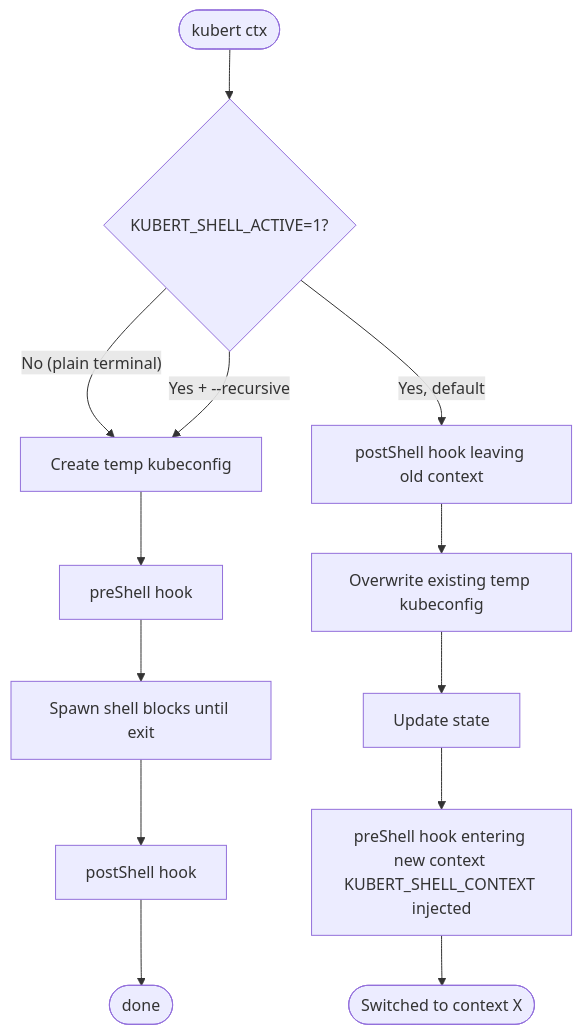
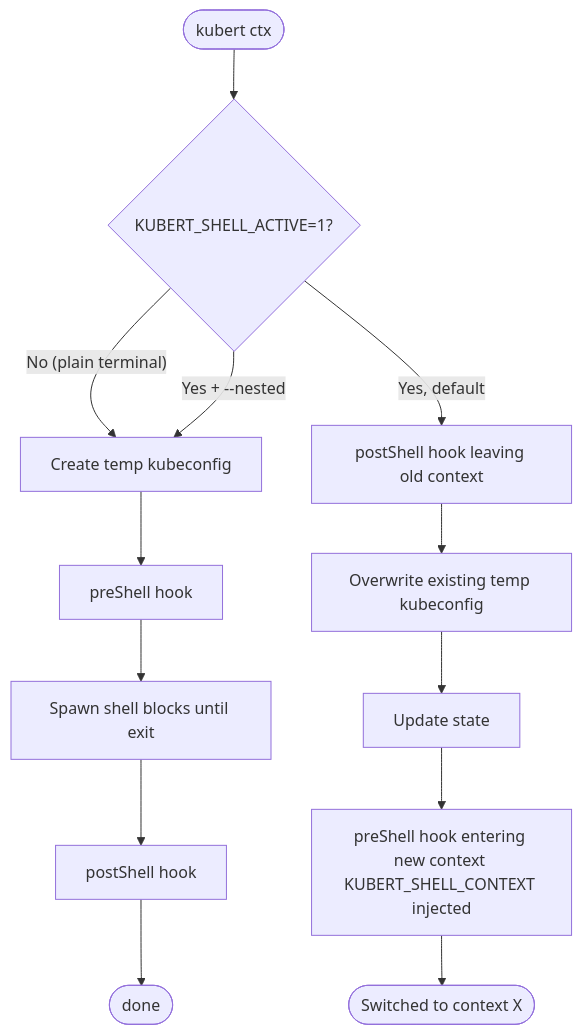
Before and after one commit to idebeijer/kubert: the first of 3 diagrams in docs/ctx-shell-modes.md, drawn with Mermaid. The commit also changed other lines of this file and 7 other files, not shown here.

Commit message:
refactor: rename --recursive to --nested

````diff
--- a/docs/ctx-shell-modes.md
+++ b/docs/ctx-shell-modes.md
@@ -24,18 +24,18 @@
 ```mermaid
 flowchart TD
     A([kubert ctx]) --> B{KUBERT_SHELL_ACTIVE=1?}
 
     B -- "No (plain terminal)" --> C[Create temp kubeconfig]
     C --> D[preShell hook]
     D --> E[Spawn shell blocks until exit]
     E --> F[postShell hook]
     F --> G([done])
 
-    B -- "Yes + --recursive" --> C
+    B -- "Yes + --nested" --> C
 
     B -- "Yes, default" --> H[postShell hook leaving old context]
     H --> I[Overwrite existing temp kubeconfig]
     I --> J[Update state]
     J --> K["preShell hook entering new context KUBERT_SHELL_CONTEXT injected"]
     K --> L([Switched to context X])
 ```
````
